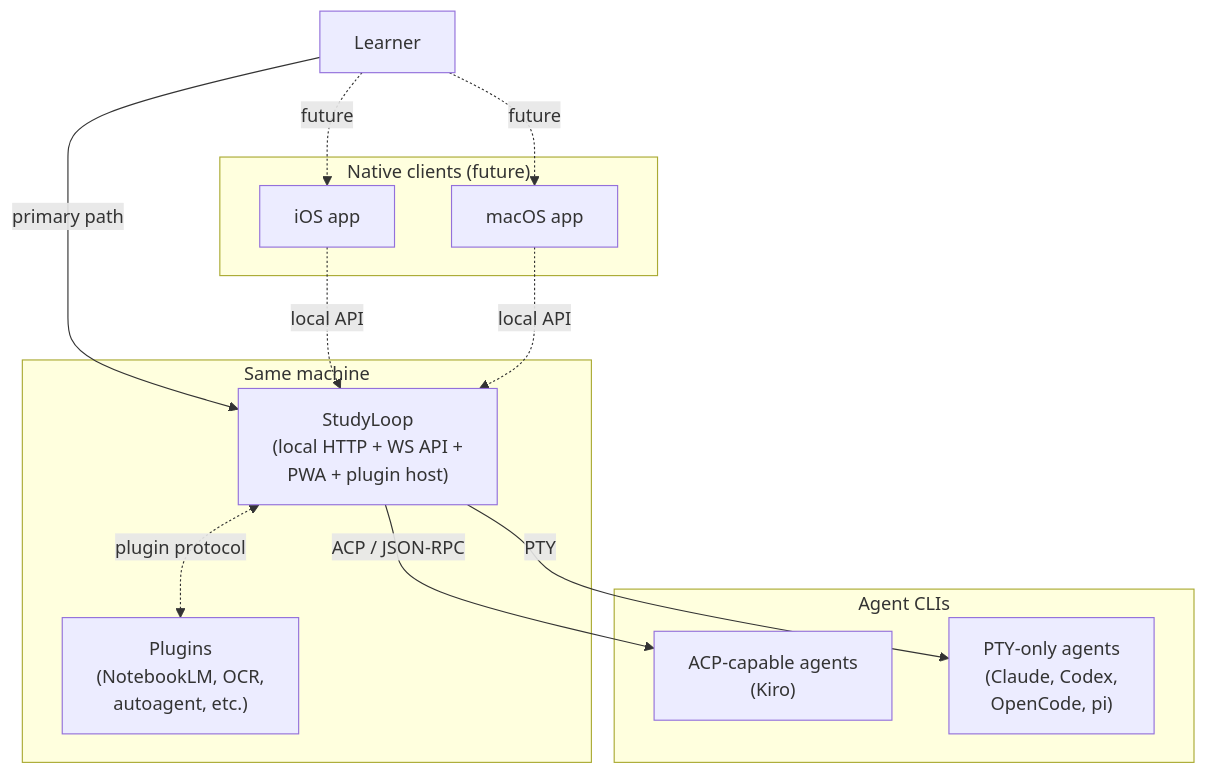
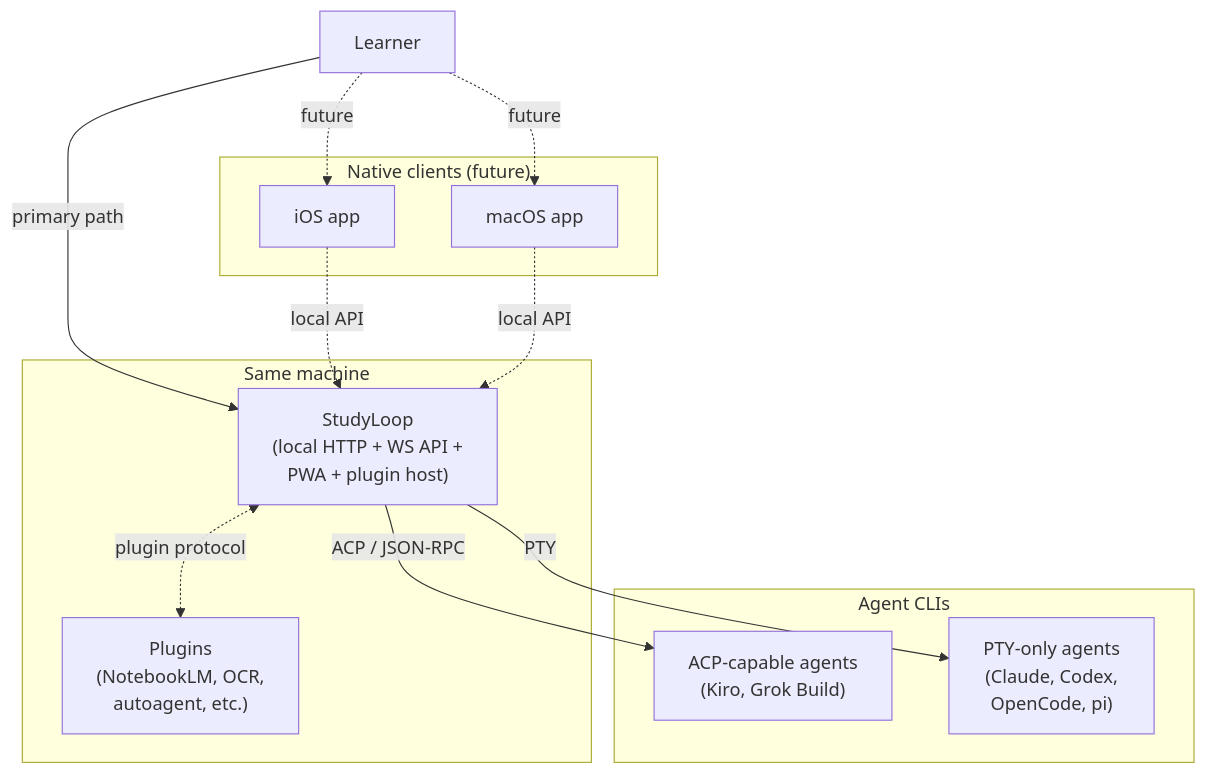
The first of 2 diagrams in docs/architecture/target.md (NetDevAutomate/StudyLoop), drawn with Mermaid before and after one commit. The commit also changed 23 other files, not shown here.

````diff
--- a/docs/architecture/target.md
+++ b/docs/architecture/target.md
@@ -18,28 +18,28 @@
 ```mermaid
 flowchart TB
     Learner["Learner"]
 
     subgraph "Same machine"
       StudyLoop["StudyLoop<br/>(local HTTP + WS API +<br/>PWA + plugin host)"]
       Plugins["Plugins<br/>(NotebookLM, OCR,<br/>autoagent, etc.)"]
     end
 
     subgraph "Native clients (future)"
       iOS["iOS app"]
       macOS["macOS app"]
     end
 
     subgraph "Agent CLIs"
-      ACPAgents["ACP-capable agents<br/>(Kiro)"]
+      ACPAgents["ACP-capable agents<br/>(Kiro, Grok Build)"]
       PTYAgents["PTY-only agents<br/>(Claude, Codex,<br/>OpenCode, pi)"]
     end
 
     Learner -->|"primary path"| StudyLoop
     Learner -.->|"future"| iOS
     Learner -.->|"future"| macOS
     iOS -.->|"local API"| StudyLoop
     macOS -.->|"local API"| StudyLoop
     StudyLoop -->|"ACP / JSON-RPC"| ACPAgents
     StudyLoop -->|"PTY"| PTYAgents
     StudyLoop <-.->|"plugin protocol"| Plugins
 ```
````
